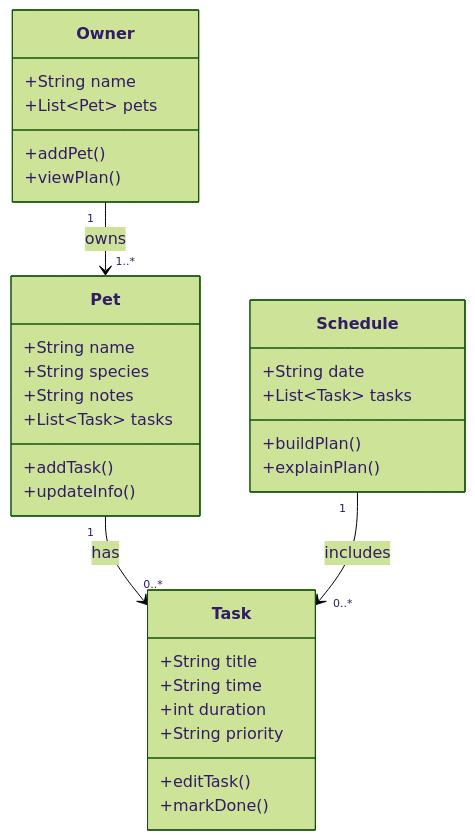
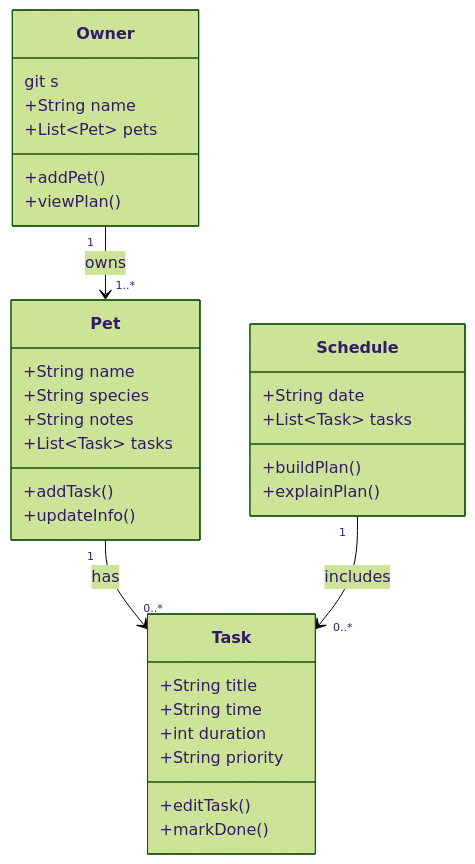
The diagram in reflection.md (Gabriiiel7/ai110-module2show-pawpal-starter), drawn with Mermaid (forest theme) before and after one commit. The commit also changed other lines of this file, not shown here.

````diff
--- a/reflection.md
+++ b/reflection.md
@@ -24,34 +25,34 @@
 ```mermaid
 classDiagram
-    class Owner {
+    class Owner {git s
         +String name
         +List~Pet~ pets
         +addPet()
         +viewPlan()
     }
     class Pet {
         +String name
         +String species
         +String notes
         +List~Task~ tasks
         +addTask()
         +updateInfo()
     }
     class Task {
         +String title
         +String time
         +int duration
         +String priority
         +editTask()
         +markDone()
     }
     class Schedule {
         +String date
         +List~Task~ tasks
         +buildPlan()
         +explainPlan()
     }
     Owner "1" --> "1..*" Pet : owns
     Pet "1" --> "0..*" Task : has
     Schedule "1" --> "0..*" Task : includes
 ```
````
